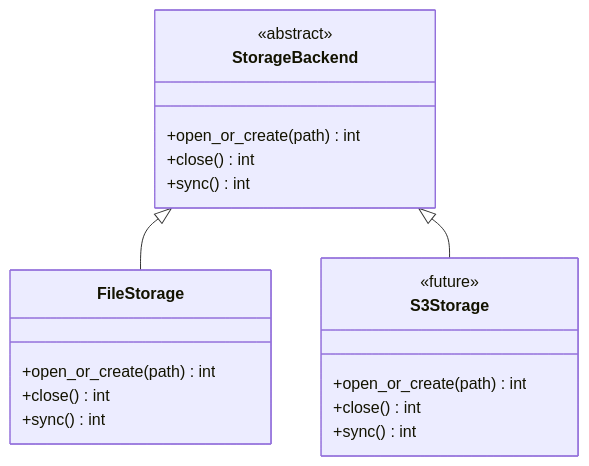
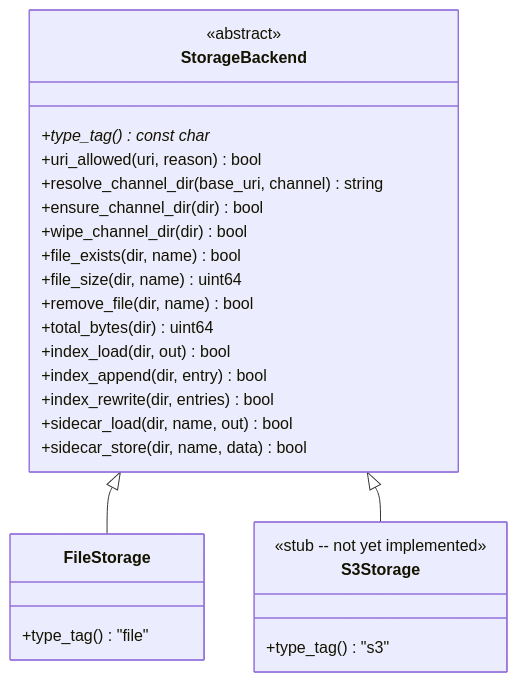
One commit to kamil-holubicki/percona-server changed the fifth of 9 diagrams in components/binlog_server/doc/md/architecture.md. Above: the diagram before and after it, drawn with Mermaid. The commit also changed other lines of this file and 15 other files, not shown here.

````diff
--- a/components/binlog_server/doc/md/architecture.md
+++ b/components/binlog_server/doc/md/architecture.md
@@ -338,23 +340,30 @@
 ```mermaid
 classDiagram
     class StorageBackend {
         <<abstract>>
-        +open_or_create(path) int
-        +close() int
-        +sync() int
+        +type_tag() const char*
+        +uri_allowed(uri, reason) bool
+        +resolve_channel_dir(base_uri, channel) string
+        +ensure_channel_dir(dir) bool
+        +wipe_channel_dir(dir) bool
+        +file_exists(dir, name) bool
+        +file_size(dir, name) uint64
+        +remove_file(dir, name) bool
+        +total_bytes(dir) uint64
+        +index_load(dir, out) bool
+        +index_append(dir, entry) bool
+        +index_rewrite(dir, entries) bool
+        +sidecar_load(dir, name, out) bool
+        +sidecar_store(dir, name, data) bool
     }
     class FileStorage {
-        +open_or_create(path) int
-        +close() int
-        +sync() int
+        +type_tag() "file"
     }
     class S3Storage {
-        <<future>>
-        +open_or_create(path) int
-        +close() int
-        +sync() int
+        <<stub -- not yet implemented>>
+        +type_tag() "s3"
     }
 
     StorageBackend <|-- FileStorage
     StorageBackend <|-- S3Storage
 ```
````
